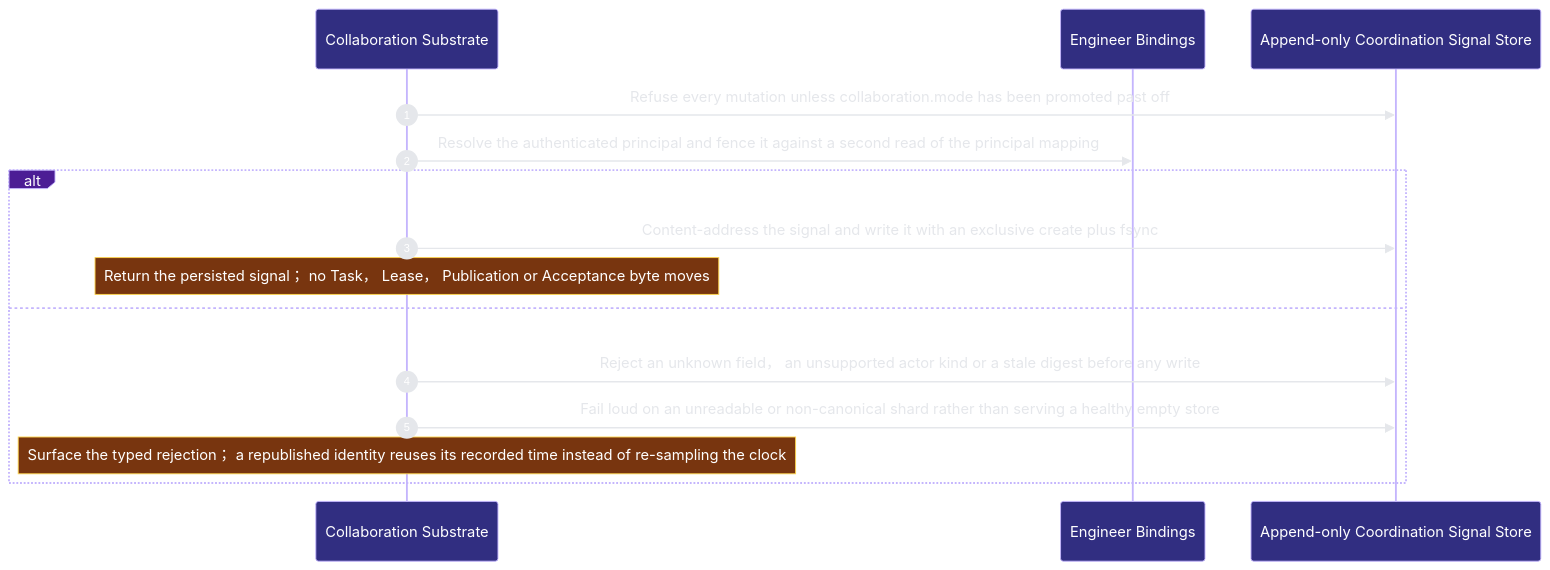
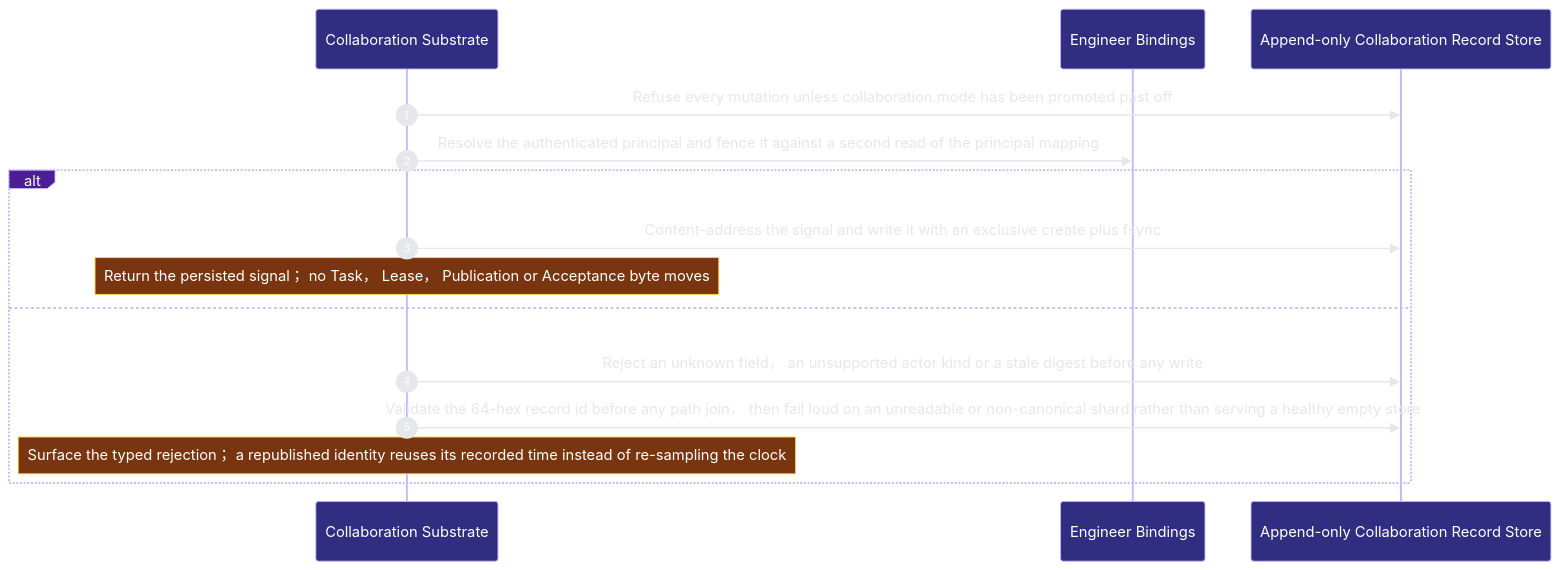
Before and after one commit to Ancienttwo/repo-harness: the third of 3 diagrams in docs/architecture/modules/runtime-harness/collaboration.md, drawn with Mermaid. The commit also changed other lines of this file and 37 other files, not shown here.

Commit message:
feat(collaboration): WorkStateHandoffV1 and non-exclusive adoption receipts (#225)

````diff
--- a/docs/architecture/modules/runtime-harness/collaboration.md
+++ b/docs/architecture/modules/runtime-harness/collaboration.md
@@ -62,18 +87,18 @@
 ```mermaid
 %%{init: {"theme":"base","themeVariables":{"background":"#0d1117","actorBkg":"#312e81","actorBorder":"#c4b5fd","actorTextColor":"#ffffff","signalColor":"#e5e7eb","signalTextColor":"#e5e7eb","labelBoxBkgColor":"#4c1d95","labelBoxBorderColor":"#c4b5fd","labelTextColor":"#ffffff","noteBkgColor":"#78350f","noteBorderColor":"#fcd34d","noteTextColor":"#ffffff","sequenceNumberColor":"#ffffff"}}}%%
 sequenceDiagram
   autonumber
   participant p2_collaboration_50c48bca as Collaboration Substrate
   participant p2_engineer_bindings_4e9749d0 as Engineer Bindings
-  participant p2_signal_store_5a76fb32 as Append-only Coordination Signal Store
+  participant p2_signal_store_5a76fb32 as Append-only Collaboration Record Store
   p2_collaboration_50c48bca->>p2_signal_store_5a76fb32: Refuse every mutation unless collaboration.mode has been promoted past off
   p2_collaboration_50c48bca->>p2_engineer_bindings_4e9749d0: Resolve the authenticated principal and fence it against a second read of the principal mapping
   alt A new identity samples the recorded time once and lands as one immutable file
   p2_collaboration_50c48bca->>p2_signal_store_5a76fb32: Content-address the signal and write it with an exclusive create plus fsync
     Note over p2_collaboration_50c48bca: Return the persisted signal； no Task， Lease， Publication or Acceptance byte moves
   else An invalid record or an unreadable shard fails closed
   p2_collaboration_50c48bca->>p2_signal_store_5a76fb32: Reject an unknown field， an unsupported actor kind or a stale digest before any write
-  p2_collaboration_50c48bca->>p2_signal_store_5a76fb32: Fail loud on an unreadable or non-canonical shard rather than serving a healthy empty store
+  p2_collaboration_50c48bca->>p2_signal_store_5a76fb32: Validate the 64-hex record id before any path join， then fail loud on an unreadable or non-canonical shard rather than serving a healthy empty store
     Note over p2_collaboration_50c48bca: Surface the typed rejection； a republished identity reuses its recorded time instead of re-sampling the clock
   end
 ```
````
